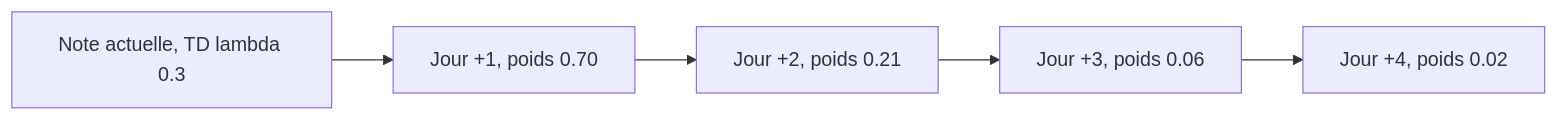
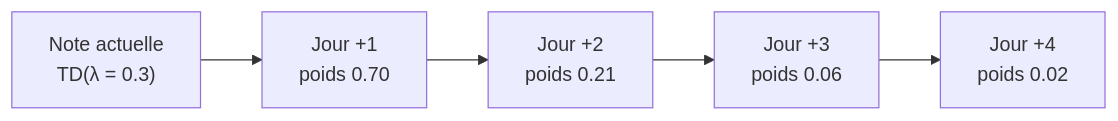
Before and after one commit to haythem-rehouma/G1266: the third of 6 diagrams in 02-apprentissage-par-renforcement/P16-Pratique 2 de révision du deuxieme quart du cours/PRATIQUE9/02.md, drawn with Mermaid. The commit also changed other lines of this file, not shown here.

````diff
--- a/02-apprentissage-par-renforcement/P16-Pratique 2 de révision du deuxieme quart du cours/PRATIQUE9/02.md
+++ b/02-apprentissage-par-renforcement/P16-Pratique 2 de révision du deuxieme quart du cours/PRATIQUE9/02.md
@@ -39,7 +39,7 @@
 ```mermaid
 flowchart LR
-    A[Note actuelle, TD lambda 0.3] --> J1[Jour +1, poids 0.70]
-    J1 --> J2[Jour +2, poids 0.21]
-    J2 --> J3[Jour +3, poids 0.06]
-    J3 --> J4[Jour +4, poids 0.02]
+    A["Note actuelle<br>TD(λ = 0.3)"] --> J1["Jour +1<br>poids 0.70"]
+    J1 --> J2["Jour +2<br>poids 0.21"]
+    J2 --> J3["Jour +3<br>poids 0.06"]
+    J3 --> J4["Jour +4<br>poids 0.02"]
 ```
````
